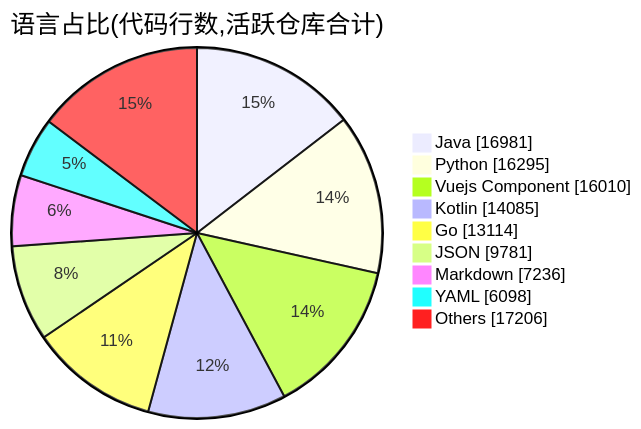
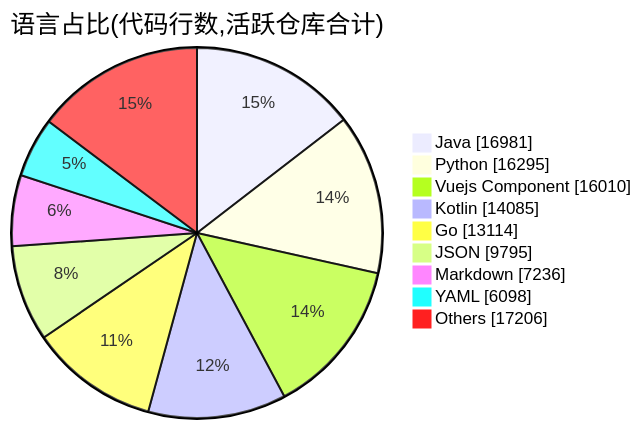
The second of 2 diagrams in profile/README.md (Conflux-Union/.github), drawn with Mermaid before and after one commit. The commit also changed other lines of this file and 1 other file, not shown here.

````diff
--- a/profile/README.md
+++ b/profile/README.md
@@ -78,13 +78,13 @@
 ```mermaid
 pie showData
     title 语言占比(代码行数,活跃仓库合计)
     "Java" : 16981
     "Python" : 16295
     "Vuejs Component" : 16010
     "Kotlin" : 14085
     "Go" : 13114
-    "JSON" : 9781
+    "JSON" : 9795
     "Markdown" : 7236
     "YAML" : 6098
     "Others" : 17206
 ```
````
